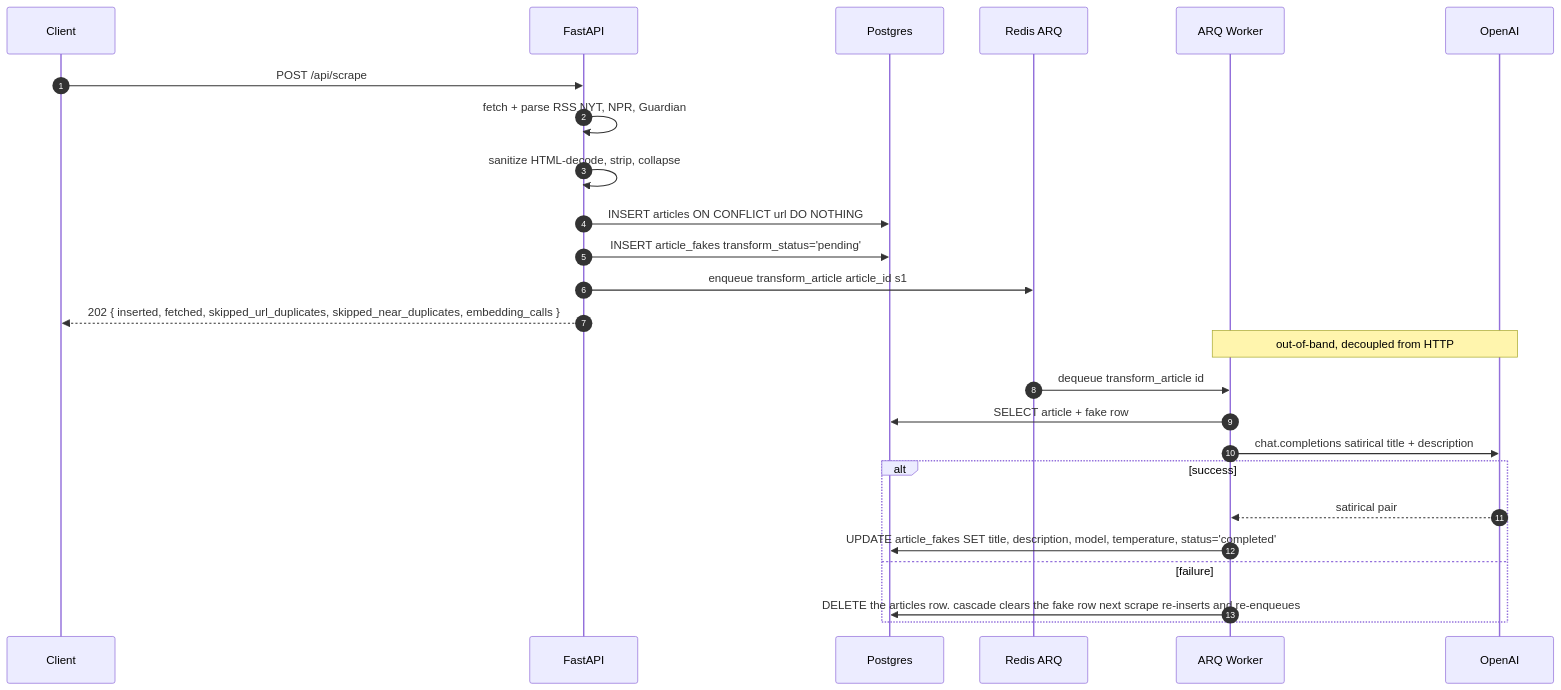
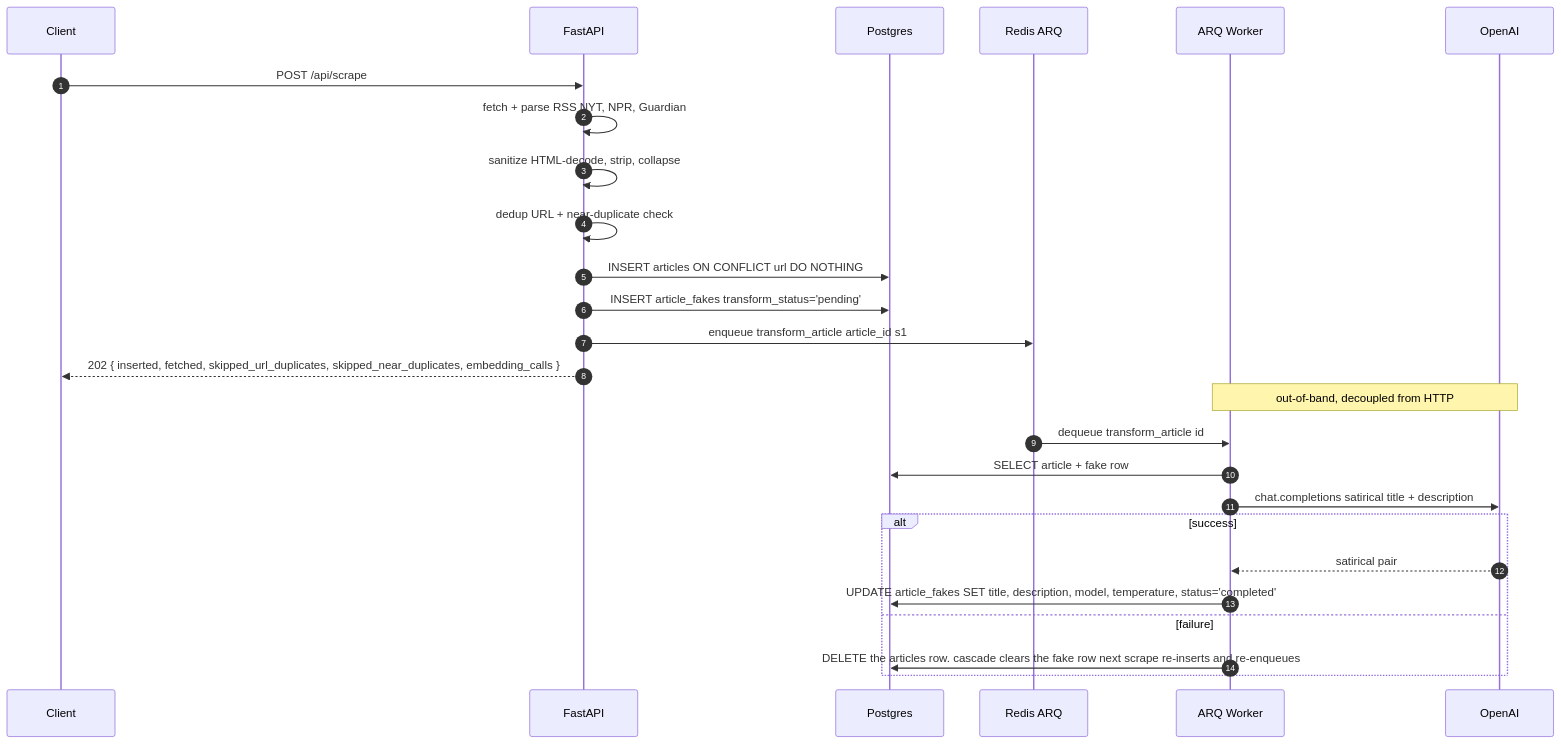
Before and after one commit to bitsa/fake-news-generat0r: the second of 6 diagrams in README.md, drawn with Mermaid.

Commit message:
flow diagram -> dedup step added

````diff
--- a/README.md
+++ b/README.md
@@ -128,29 +128,30 @@
 ```mermaid
 sequenceDiagram
     autonumber
     participant U as Client
     participant API as FastAPI
     participant DB as Postgres
     participant Q as Redis ARQ
     participant W as ARQ Worker
     participant AI as OpenAI
 
     U->>API: POST /api/scrape
     API->>API: fetch + parse RSS NYT, NPR, Guardian
     API->>API: sanitize HTML-decode, strip, collapse
+    API->>API: dedup URL + near-duplicate check
     API->>DB: INSERT articles ON CONFLICT url DO NOTHING
     API->>DB: INSERT article_fakes transform_status='pending'
     API->>Q: enqueue transform_article article_id s1
     API-->>U: 202 { inserted, fetched, skipped_url_duplicates, skipped_near_duplicates, embedding_calls }
 
     Note over W,AI: out-of-band, decoupled from HTTP
     Q->>W: dequeue transform_article id
     W->>DB: SELECT article + fake row
     W->>AI: chat.completions satirical title + description
     alt success
         AI-->>W: satirical pair
         W->>DB: UPDATE article_fakes SET title, description, model, temperature, status='completed'
     else failure
         W->>DB: DELETE the articles row. cascade clears the fake row next scrape re-inserts and re-enqueues
     end
 ```
````
